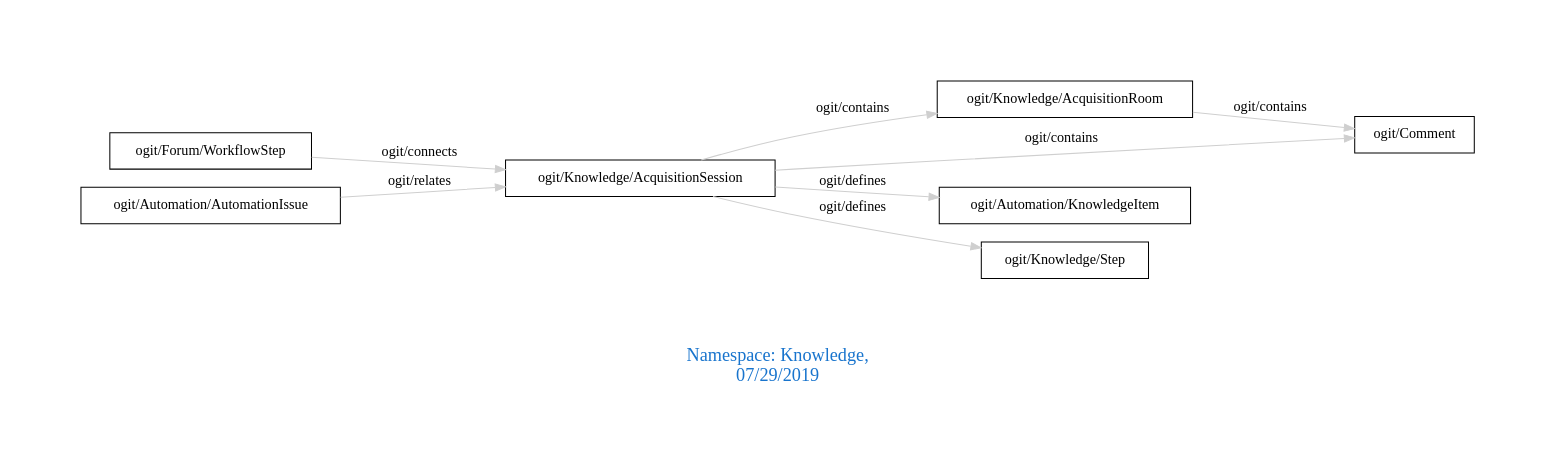
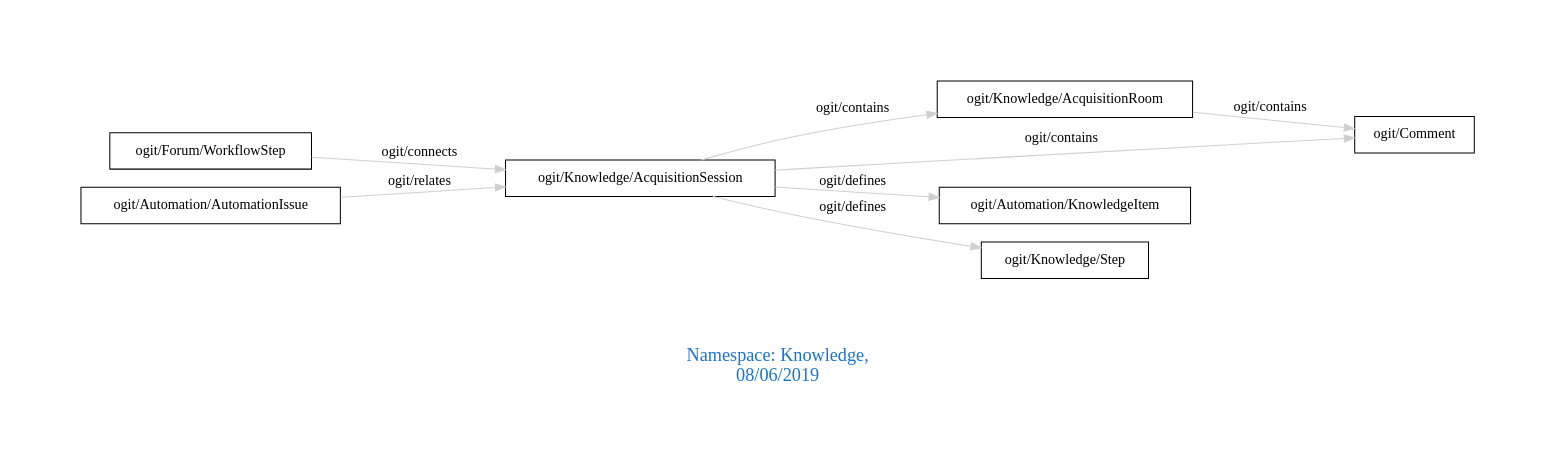
The diagram in downloads/Knowledge.dot (arago/OGIT), drawn with Graphviz before and after one commit. The commit also changed 1471 other files, not shown here.

```diff
--- a/downloads/Knowledge.dot
+++ b/downloads/Knowledge.dot
@@ -1,15 +1,15 @@
 digraph OGIT_ontology {
  graph [ rankdir= LR,pad=1 
 fontsize = 18,
-fontcolor= dodgerblue3,label = "\n\n\nNamespace: Knowledge, \n 07/29/2019"];
+fontcolor= dodgerblue3,label = "\n\n\nNamespace: Knowledge, \n 08/06/2019"];
 node[shape=polygon];
 edge [  color="gray81"];
 
    "ogit/Knowledge/AcquisitionRoom" -> "ogit/Comment" [label="   ogit/contains    "];
    "ogit/Knowledge/AcquisitionSession" -> "ogit/Comment" [label="   ogit/contains    "];
    "ogit/Knowledge/AcquisitionSession" -> "ogit/Knowledge/AcquisitionRoom" [label="   ogit/contains    "];
    "ogit/Knowledge/AcquisitionSession" -> "ogit/Automation/KnowledgeItem" [label="   ogit/defines    "];
    "ogit/Knowledge/AcquisitionSession" -> "ogit/Knowledge/Step" [label="   ogit/defines    "];
    "ogit/Forum/WorkflowStep" -> "ogit/Knowledge/AcquisitionSession" [label="   ogit/connects    "];
    "ogit/Automation/AutomationIssue" -> "ogit/Knowledge/AcquisitionSession" [label="   ogit/relates    "];
 }
```
